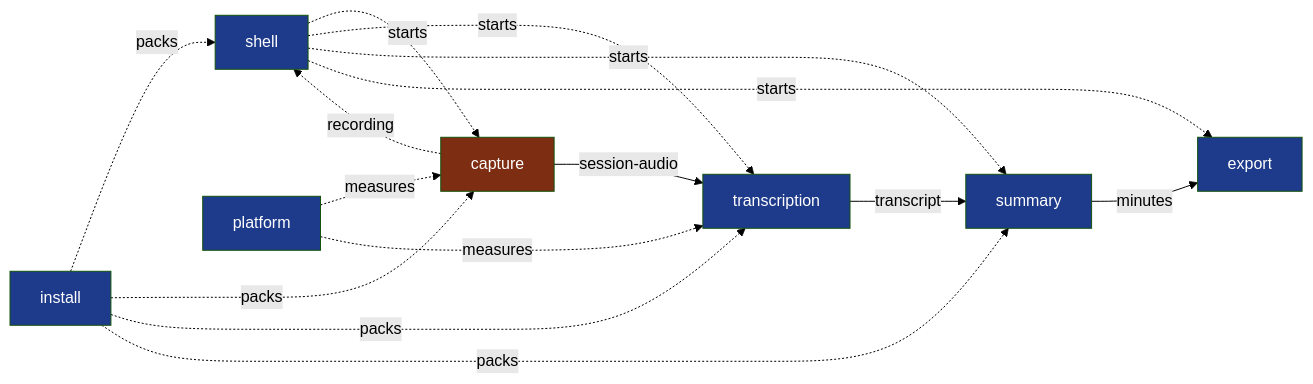
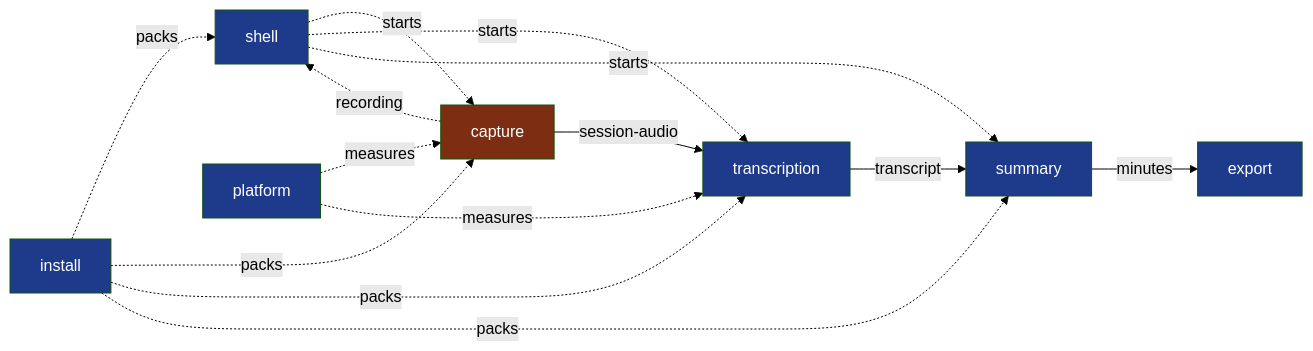
Before and after one commit to NapkinStack/wholeheard: the diagram in modules/README.md, drawn with Mermaid (forest theme). The commit also changed other lines of this file and 1 other file, not shown here.

First line of the commit message:
The module map names every colour, and the shell starts no export

````diff
--- a/modules/README.md
+++ b/modules/README.md
@@ -3,11 +3,11 @@
 ```mermaid
 flowchart LR
-    H["shell"]:::std -.->|"starts"| C & T & S & E
+    H["shell"]:::std -.->|"starts"| C & T & S
     C -.->|"recording"| H
     P["platform"]:::std -.->|"measures"| C & T
     I["install"]:::std -.->|"packs"| H & C & T & S
     C["capture"]:::crit -->|"session-audio"| T["transcription"]:::std -->|"transcript"| S["summary"]:::std -->|"minutes"| E["export"]:::std
 
     classDef crit fill:#7c2d12,color:#fff
     classDef std fill:#1e3a8a,color:#fff
 ```
````
